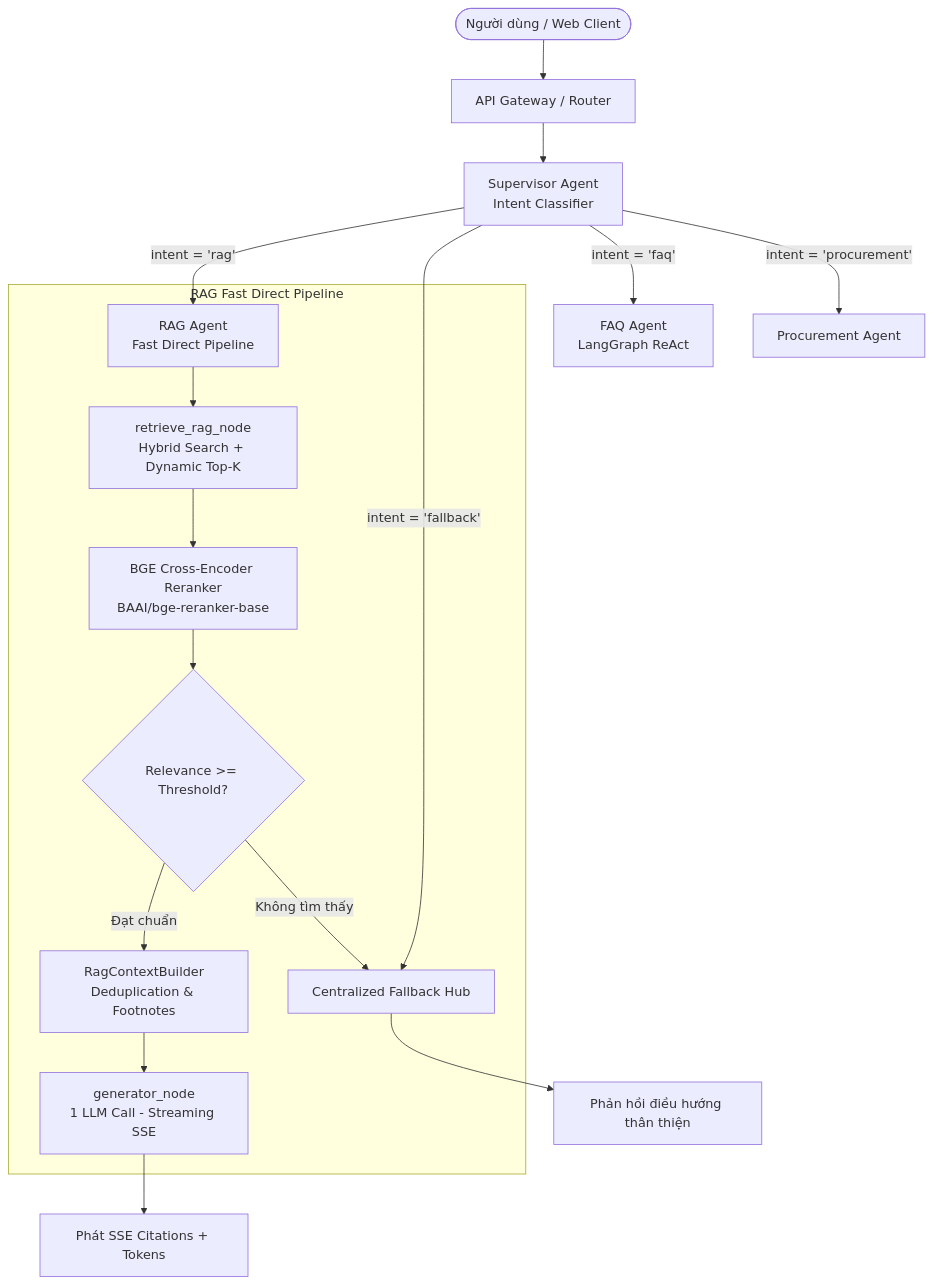
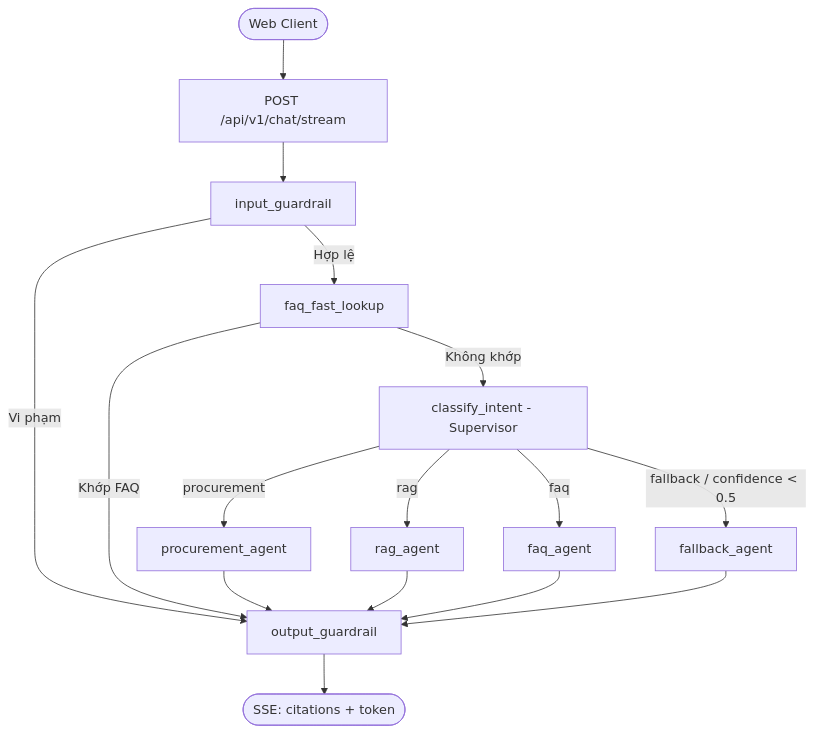
The diagram in README.md (brozic-ai/GSOFT-AI-Agent-Chatbot-Services), drawn with Mermaid before and after one commit. The commit also changed other lines of this file and 1 other file, not shown here.

````diff
--- a/README.md
+++ b/README.md
@@ -121,22 +82,18 @@
 ```mermaid
 graph TD
-    User([Người dùng / Web Client]) --> Gateway[API Gateway / Router]
-    Gateway --> Supervisor[Supervisor Agent<br>Intent Classifier]
-    
-    Supervisor -->|intent = 'faq'| FAQAgent[FAQ Agent<br>LangGraph ReAct]
-    Supervisor -->|intent = 'rag'| RAGAgent[RAG Agent<br>Fast Direct Pipeline]
-    Supervisor -->|intent = 'procurement'| ProcAgent[Procurement Agent]
-    Supervisor -->|intent = 'fallback'| FallbackHub[Centralized Fallback Hub]
-
-    subgraph "RAG Fast Direct Pipeline"
-        RAGAgent --> RetrieveNode[retrieve_rag_node<br>Hybrid Search + Dynamic Top-K]
-        RetrieveNode --> BGERerank[BGE Cross-Encoder Reranker<br>BAAI/bge-reranker-base]
-        BGERerank --> FilterThreshold{Relevance >= Threshold?}
-        FilterThreshold -->|Đạt chuẩn| CleanContext[RagContextBuilder<br>Deduplication & Footnotes]
-        CleanContext --> GeneratorNode[generator_node<br>1 LLM Call - Streaming SSE]
-        FilterThreshold -->|Không tìm thấy| FallbackHub
-    end
-
-    GeneratorNode --> CitationsOut[Phát SSE Citations + Tokens]
-    FallbackHub --> FriendlyOut[Phản hồi điều hướng thân thiện]
+    User([Web Client]) --> Stream[POST /api/v1/chat/stream]
+    Stream --> InG[input_guardrail]
+    InG -->|Vi phạm| OutG[output_guardrail]
+    InG -->|Hợp lệ| FastFAQ[faq_fast_lookup]
+    FastFAQ -->|Khớp FAQ| OutG
+    FastFAQ -->|Không khớp| Sup[classify_intent - Supervisor]
+    Sup -->|procurement| Proc[procurement_agent]
+    Sup -->|rag| RAG[rag_agent]
+    Sup -->|faq| FAQ[faq_agent]
+    Sup -->|fallback / confidence < 0.5| FB[fallback_agent]
+    Proc --> OutG
+    RAG --> OutG
+    FAQ --> OutG
+    FB --> OutG
+    OutG --> End([SSE: citations + token])
 ```
````
